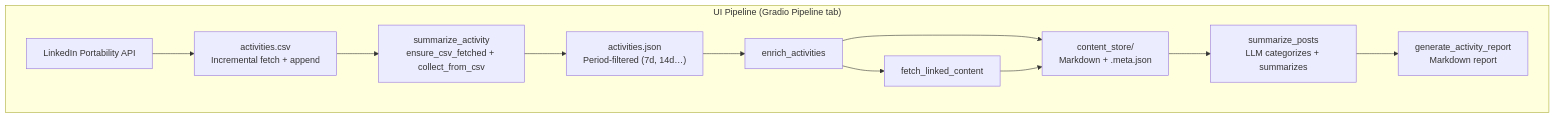
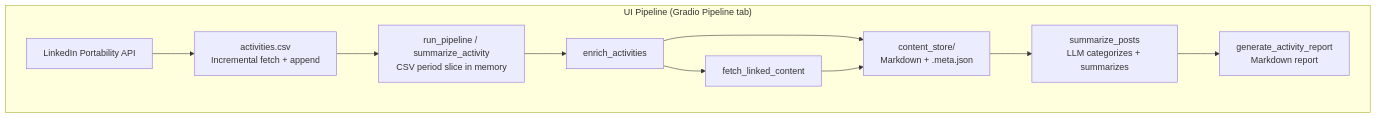
The diagram in docs/diagrams/data-flow-ui.mmd (annemariet/linkedin-graph-rag), drawn with Mermaid before and after one commit. The commit also changed 2 other files, not shown here.

Commit message:
📝 docs: align UI pipeline docs with CSV + store (no JSON dumps)
Update CLAUDE commands, README diagram note, data-flow-ui.mmd.

```diff
--- a/docs/diagrams/data-flow-ui.mmd
+++ b/docs/diagrams/data-flow-ui.mmd
@@ -1,13 +1,12 @@
 flowchart TB
     subgraph UI["UI Pipeline (Gradio Pipeline tab)"]
         API2[LinkedIn Portability API]
         API2 --> CSV["activities.csv\nIncremental fetch + append"]
-        CSV --> COLLECT["summarize_activity\nensure_csv_fetched + collect_from_csv"]
-        COLLECT --> ACTIVITIES["activities.json\nPeriod-filtered (7d, 14d…)"]
-        ACTIVITIES --> ENRICH_ACT["enrich_activities"]
+        CSV --> COLLECT["run_pipeline / summarize_activity\nCSV period slice in memory"]
+        COLLECT --> ENRICH_ACT["enrich_activities"]
         ENRICH_ACT --> STORE["content_store/\nMarkdown + .meta.json"]
         ENRICH_ACT --> FETCH_URL["fetch_linked_content"]
         FETCH_URL --> STORE
         STORE --> SUMMARIZE["summarize_posts\nLLM categorizes + summarizes"]
         SUMMARIZE --> REPORT["generate_activity_report\nMarkdown report"]
     end
```
